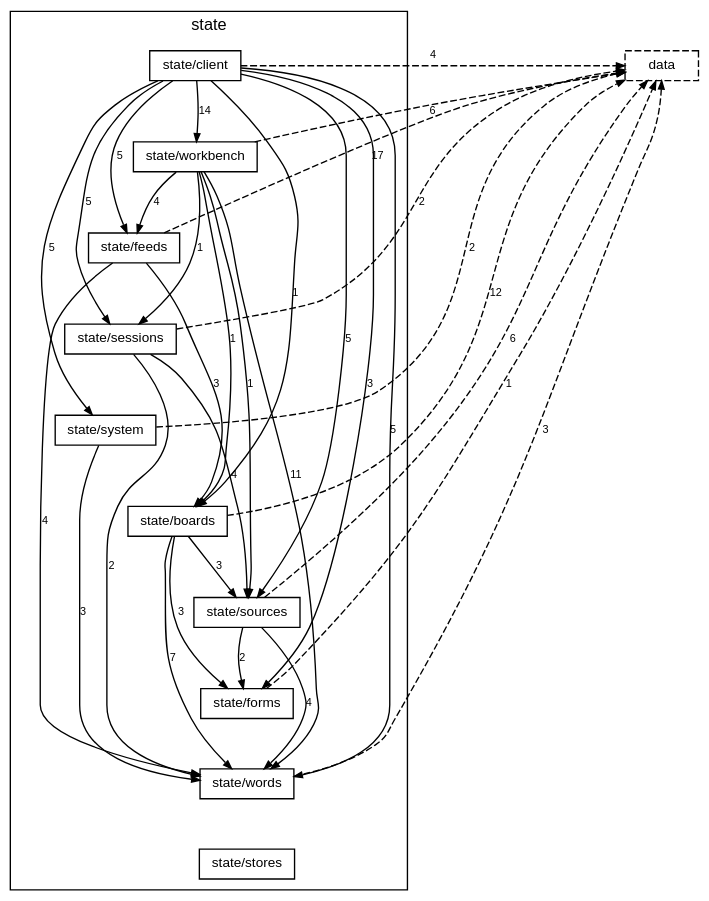
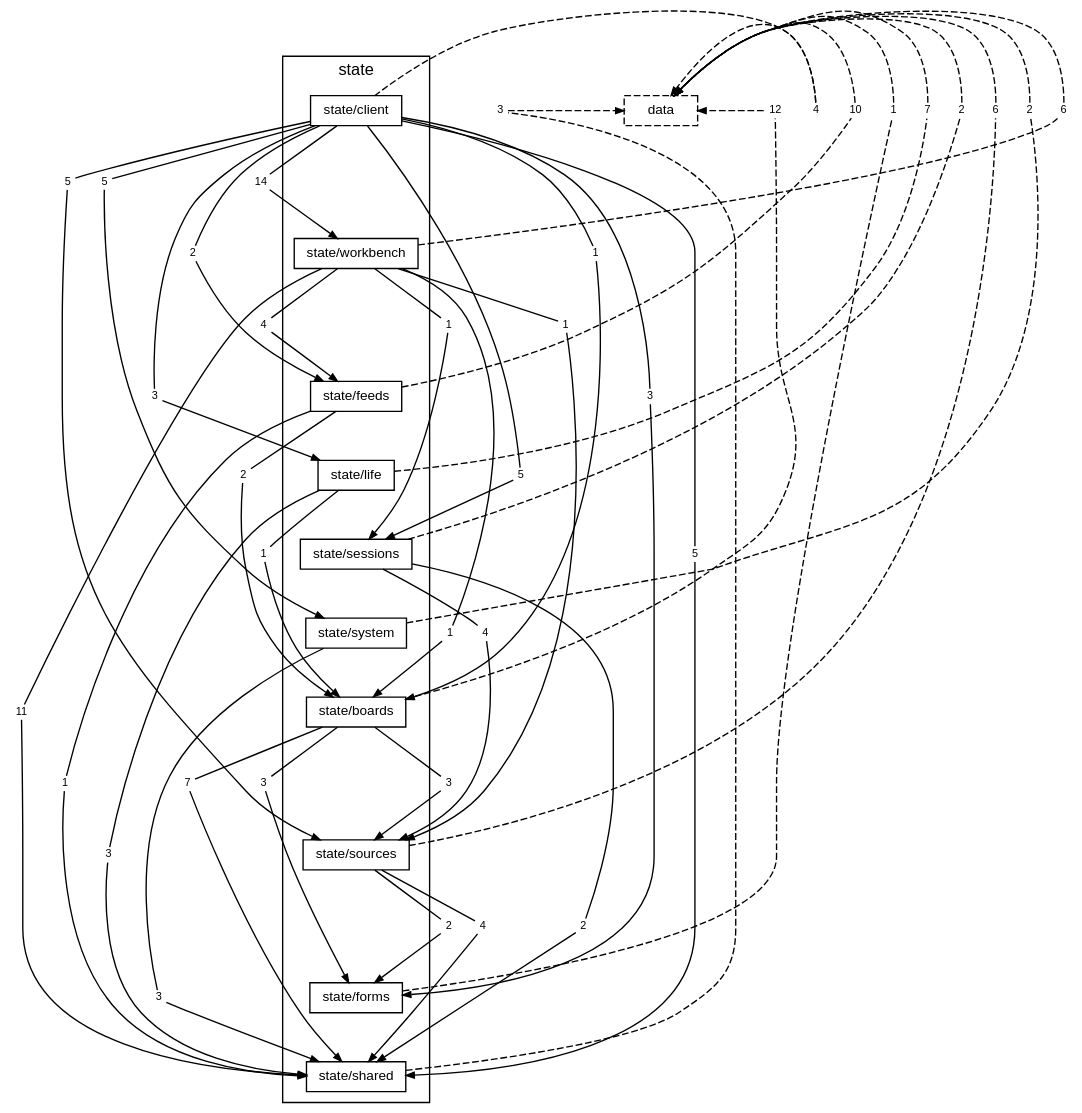
Before and after one commit to TheAxeC/oculus: the diagram in docs/diagrams/layer-state.dot, drawn with Graphviz. The commit also changed 433 other files, not shown here.

```diff
--- a/docs/diagrams/layer-state.dot
+++ b/docs/diagrams/layer-state.dot
@@ -7,54 +7,130 @@
         "folder state/client" [label="state/client"];
         "folder state/workbench" [label="state/workbench"];
         "folder state/feeds" [label="state/feeds"];
+        "folder state/life" [label="state/life"];
         "folder state/sessions" [label="state/sessions"];
         "folder state/system" [label="state/system"];
         "folder state/boards" [label="state/boards"];
         "folder state/sources" [label="state/sources"];
         "folder state/forms" [label="state/forms"];
-        "folder state/words" [label="state/words"];
-        "folder state/stores" [label="state/stores"];
+        "folder state/shared" [label="state/shared"];
     }
     "layer data" [label="data", style=dashed];
     "folder state/client" -> "folder state/workbench" [style=invis, weight=10];
     "folder state/workbench" -> "folder state/feeds" [style=invis, weight=10];
-    "folder state/feeds" -> "folder state/sessions" [style=invis, weight=10];
+    "folder state/feeds" -> "folder state/life" [style=invis, weight=10];
+    "folder state/life" -> "folder state/sessions" [style=invis, weight=10];
     "folder state/sessions" -> "folder state/system" [style=invis, weight=10];
     "folder state/system" -> "folder state/boards" [style=invis, weight=10];
     "folder state/boards" -> "folder state/sources" [style=invis, weight=10];
     "folder state/sources" -> "folder state/forms" [style=invis, weight=10];
-    "folder state/forms" -> "folder state/words" [style=invis, weight=10];
-    "folder state/words" -> "folder state/stores" [style=invis, weight=10];
-    "folder state/boards" -> "folder state/forms" [label="3"];
-    "folder state/boards" -> "folder state/sources" [label="3"];
-    "folder state/boards" -> "folder state/words" [label="7"];
-    "folder state/boards" -> "layer data" [label="12", style=dashed, constraint=false];
-    "folder state/client" -> "folder state/boards" [label="1"];
-    "folder state/client" -> "folder state/feeds" [label="5"];
-    "folder state/client" -> "folder state/forms" [label="3"];
-    "folder state/client" -> "folder state/sessions" [label="5"];
-    "folder state/client" -> "folder state/sources" [label="5"];
-    "folder state/client" -> "folder state/system" [label="5"];
-    "folder state/client" -> "folder state/words" [label="5"];
-    "folder state/client" -> "folder state/workbench" [label="14"];
-    "folder state/client" -> "layer data" [label="4", style=dashed, constraint=false];
-    "folder state/feeds" -> "folder state/boards" [label="3"];
-    "folder state/feeds" -> "folder state/words" [label="4"];
-    "folder state/feeds" -> "layer data" [label="17", style=dashed, constraint=false];
-    "folder state/forms" -> "layer data" [label="1", style=dashed, constraint=false];
-    "folder state/sessions" -> "folder state/sources" [label="4"];
-    "folder state/sessions" -> "folder state/words" [label="2"];
-    "folder state/sessions" -> "layer data" [label="2", style=dashed, constraint=false];
-    "folder state/sources" -> "folder state/forms" [label="2"];
-    "folder state/sources" -> "folder state/words" [label="4"];
-    "folder state/sources" -> "layer data" [label="6", style=dashed, constraint=false];
-    "folder state/system" -> "folder state/words" [label="3"];
-    "folder state/system" -> "layer data" [label="2", style=dashed, constraint=false];
-    "folder state/words" -> "layer data" [label="3", style=dashed, constraint=false];
-    "folder state/workbench" -> "folder state/boards" [label="1"];
-    "folder state/workbench" -> "folder state/feeds" [label="4"];
-    "folder state/workbench" -> "folder state/sessions" [label="1"];
-    "folder state/workbench" -> "folder state/sources" [label="1"];
-    "folder state/workbench" -> "folder state/words" [label="11"];
-    "folder state/workbench" -> "layer data" [label="6", style=dashed, constraint=false];
+    "folder state/forms" -> "folder state/shared" [style=invis, weight=10];
+    "folder state/boards to folder state/forms" [label="3", shape=box, color="transparent", fontsize=8, width=0, height=0, margin="0.04,0.02"];
+    "folder state/boards" -> "folder state/boards to folder state/forms" [arrowhead=none];
+    "folder state/boards to folder state/forms" -> "folder state/forms" [];
+    "folder state/boards to folder state/shared" [label="7", shape=box, color="transparent", fontsize=8, width=0, height=0, margin="0.04,0.02"];
+    "folder state/boards" -> "folder state/boards to folder state/shared" [arrowhead=none];
+    "folder state/boards to folder state/shared" -> "folder state/shared" [];
+    "folder state/boards to folder state/sources" [label="3", shape=box, color="transparent", fontsize=8, width=0, height=0, margin="0.04,0.02"];
+    "folder state/boards" -> "folder state/boards to folder state/sources" [arrowhead=none];
+    "folder state/boards to folder state/sources" -> "folder state/sources" [];
+    "folder state/boards to layer data" [label="12", shape=box, color="transparent", fontsize=8, width=0, height=0, margin="0.04,0.02"];
+    "folder state/boards" -> "folder state/boards to layer data" [arrowhead=none, style=dashed, constraint=false];
+    "folder state/boards to layer data" -> "layer data" [style=dashed, constraint=false];
+    "folder state/client to folder state/boards" [label="1", shape=box, color="transparent", fontsize=8, width=0, height=0, margin="0.04,0.02"];
+    "folder state/client" -> "folder state/client to folder state/boards" [arrowhead=none];
+    "folder state/client to folder state/boards" -> "folder state/boards" [];
+    "folder state/client to folder state/feeds" [label="2", shape=box, color="transparent", fontsize=8, width=0, height=0, margin="0.04,0.02"];
+    "folder state/client" -> "folder state/client to folder state/feeds" [arrowhead=none];
+    "folder state/client to folder state/feeds" -> "folder state/feeds" [];
+    "folder state/client to folder state/forms" [label="3", shape=box, color="transparent", fontsize=8, width=0, height=0, margin="0.04,0.02"];
+    "folder state/client" -> "folder state/client to folder state/forms" [arrowhead=none];
+    "folder state/client to folder state/forms" -> "folder state/forms" [];
+    "folder state/client to folder state/life" [label="3", shape=box, color="transparent", fontsize=8, width=0, height=0, margin="0.04,0.02"];
+    "folder state/client" -> "folder state/client to folder state/life" [arrowhead=none];
+    "folder state/client to folder state/life" -> "folder state/life" [];
+    "folder state/client to folder state/sessions" [label="5", shape=box, color="transparent", fontsize=8, width=0, height=0, margin="0.04,0.02"];
+    "folder state/client" -> "folder state/client to folder state/sessions" [arrowhead=none];
+    "folder state/client to folder state/sessions" -> "folder state/sessions" [];
+    "folder state/client to folder state/shared" [label="5", shape=box, color="transparent", fontsize=8, width=0, height=0, margin="0.04,0.02"];
+    "folder state/client" -> "folder state/client to folder state/shared" [arrowhead=none];
+    "folder state/client to folder state/shared" -> "folder state/shared" [];
+    "folder state/client to folder state/sources" [label="5", shape=box, color="transparent", fontsize=8, width=0, height=0, margin="0.04,0.02"];
+    "folder state/client" -> "folder state/client to folder state/sources" [arrowhead=none];
+    "folder state/client to folder state/sources" -> "folder state/sources" [];
+    "folder state/client to folder state/system" [label="5", shape=box, color="transparent", fontsize=8, width=0, height=0, margin="0.04,0.02"];
+    "folder state/client" -> "folder state/client to folder state/system" [arrowhead=none];
+    "folder state/client to folder state/system" -> "folder state/system" [];
+    "folder state/client to folder state/workbench" [label="14", shape=box, color="transparent", fontsize=8, width=0, height=0, margin="0.04,0.02"];
+    "folder state/client" -> "folder state/client to folder state/workbench" [arrowhead=none];
+    "folder state/client to folder state/workbench" -> "folder state/workbench" [];
+    "folder state/client to layer data" [label="4", shape=box, color="transparent", fontsize=8, width=0, height=0, margin="0.04,0.02"];
+    "folder state/client" -> "folder state/client to layer data" [arrowhead=none, style=dashed, constraint=false];
+    "folder state/client to layer data" -> "layer data" [style=dashed, constraint=false];
+    "folder state/feeds to folder state/boards" [label="2", shape=box, color="transparent", fontsize=8, width=0, height=0, margin="0.04,0.02"];
+    "folder state/feeds" -> "folder state/feeds to folder state/boards" [arrowhead=none];
+    "folder state/feeds to folder state/boards" -> "folder state/boards" [];
+    "folder state/feeds to folder state/shared" [label="1", shape=box, color="transparent", fontsize=8, width=0, height=0, margin="0.04,0.02"];
+    "folder state/feeds" -> "folder state/feeds to folder state/shared" [arrowhead=none];
+    "folder state/feeds to folder state/shared" -> "folder state/shared" [];
+    "folder state/feeds to layer data" [label="10", shape=box, color="transparent", fontsize=8, width=0, height=0, margin="0.04,0.02"];
+    "folder state/feeds" -> "folder state/feeds to layer data" [arrowhead=none, style=dashed, constraint=false];
+    "folder state/feeds to layer data" -> "layer data" [style=dashed, constraint=false];
+    "folder state/forms to layer data" [label="1", shape=box, color="transparent", fontsize=8, width=0, height=0, margin="0.04,0.02"];
+    "folder state/forms" -> "folder state/forms to layer data" [arrowhead=none, style=dashed, constraint=false];
+    "folder state/forms to layer data" -> "layer data" [style=dashed, constraint=false];
+    "folder state/life to folder state/boards" [label="1", shape=box, color="transparent", fontsize=8, width=0, height=0, margin="0.04,0.02"];
+    "folder state/life" -> "folder state/life to folder state/boards" [arrowhead=none];
+    "folder state/life to folder state/boards" -> "folder state/boards" [];
+    "folder state/life to folder state/shared" [label="3", shape=box, color="transparent", fontsize=8, width=0, height=0, margin="0.04,0.02"];
+    "folder state/life" -> "folder state/life to folder state/shared" [arrowhead=none];
+    "folder state/life to folder state/shared" -> "folder state/shared" [];
+    "folder state/life to layer data" [label="7", shape=box, color="transparent", fontsize=8, width=0, height=0, margin="0.04,0.02"];
+    "folder state/life" -> "folder state/life to layer data" [arrowhead=none, style=dashed, constraint=false];
+    "folder state/life to layer data" -> "layer data" [style=dashed, constraint=false];
+    "folder state/sessions to folder state/shared" [label="2", shape=box, color="transparent", fontsize=8, width=0, height=0, margin="0.04,0.02"];
+    "folder state/sessions" -> "folder state/sessions to folder state/shared" [arrowhead=none];
+    "folder state/sessions to folder state/shared" -> "folder state/shared" [];
+    "folder state/sessions to folder state/sources" [label="4", shape=box, color="transparent", fontsize=8, width=0, height=0, margin="0.04,0.02"];
+    "folder state/sessions" -> "folder state/sessions to folder state/sources" [arrowhead=none];
+    "folder state/sessions to folder state/sources" -> "folder state/sources" [];
+    "folder state/sessions to layer data" [label="2", shape=box, color="transparent", fontsize=8, width=0, height=0, margin="0.04,0.02"];
+    "folder state/sessions" -> "folder state/sessions to layer data" [arrowhead=none, style=dashed, constraint=false];
+    "folder state/sessions to layer data" -> "layer data" [style=dashed, constraint=false];
+    "folder state/shared to layer data" [label="3", shape=box, color="transparent", fontsize=8, width=0, height=0, margin="0.04,0.02"];
+    "folder state/shared" -> "folder state/shared to layer data" [arrowhead=none, style=dashed, constraint=false];
+    "folder state/shared to layer data" -> "layer data" [style=dashed, constraint=false];
+    "folder state/sources to folder state/forms" [label="2", shape=box, color="transparent", fontsize=8, width=0, height=0, margin="0.04,0.02"];
+    "folder state/sources" -> "folder state/sources to folder state/forms" [arrowhead=none];
+    "folder state/sources to folder state/forms" -> "folder state/forms" [];
+    "folder state/sources to folder state/shared" [label="4", shape=box, color="transparent", fontsize=8, width=0, height=0, margin="0.04,0.02"];
+    "folder state/sources" -> "folder state/sources to folder state/shared" [arrowhead=none];
+    "folder state/sources to folder state/shared" -> "folder state/shared" [];
+    "folder state/sources to layer data" [label="6", shape=box, color="transparent", fontsize=8, width=0, height=0, margin="0.04,0.02"];
+    "folder state/sources" -> "folder state/sources to layer data" [arrowhead=none, style=dashed, constraint=false];
+    "folder state/sources to layer data" -> "layer data" [style=dashed, constraint=false];
+    "folder state/system to folder state/shared" [label="3", shape=box, color="transparent", fontsize=8, width=0, height=0, margin="0.04,0.02"];
+    "folder state/system" -> "folder state/system to folder state/shared" [arrowhead=none];
+    "folder state/system to folder state/shared" -> "folder state/shared" [];
+    "folder state/system to layer data" [label="2", shape=box, color="transparent", fontsize=8, width=0, height=0, margin="0.04,0.02"];
+    "folder state/system" -> "folder state/system to layer data" [arrowhead=none, style=dashed, constraint=false];
+    "folder state/system to layer data" -> "layer data" [style=dashed, constraint=false];
+    "folder state/workbench to folder state/boards" [label="1", shape=box, color="transparent", fontsize=8, width=0, height=0, margin="0.04,0.02"];
+    "folder state/workbench" -> "folder state/workbench to folder state/boards" [arrowhead=none];
+    "folder state/workbench to folder state/boards" -> "folder state/boards" [];
+    "folder state/workbench to folder state/feeds" [label="4", shape=box, color="transparent", fontsize=8, width=0, height=0, margin="0.04,0.02"];
+    "folder state/workbench" -> "folder state/workbench to folder state/feeds" [arrowhead=none];
+    "folder state/workbench to folder state/feeds" -> "folder state/feeds" [];
+    "folder state/workbench to folder state/sessions" [label="1", shape=box, color="transparent", fontsize=8, width=0, height=0, margin="0.04,0.02"];
+    "folder state/workbench" -> "folder state/workbench to folder state/sessions" [arrowhead=none];
+    "folder state/workbench to folder state/sessions" -> "folder state/sessions" [];
+    "folder state/workbench to folder state/shared" [label="11", shape=box, color="transparent", fontsize=8, width=0, height=0, margin="0.04,0.02"];
+    "folder state/workbench" -> "folder state/workbench to folder state/shared" [arrowhead=none];
+    "folder state/workbench to folder state/shared" -> "folder state/shared" [];
+    "folder state/workbench to folder state/sources" [label="1", shape=box, color="transparent", fontsize=8, width=0, height=0, margin="0.04,0.02"];
+    "folder state/workbench" -> "folder state/workbench to folder state/sources" [arrowhead=none];
+    "folder state/workbench to folder state/sources" -> "folder state/sources" [];
+    "folder state/workbench to layer data" [label="6", shape=box, color="transparent", fontsize=8, width=0, height=0, margin="0.04,0.02"];
+    "folder state/workbench" -> "folder state/workbench to layer data" [arrowhead=none, style=dashed, constraint=false];
+    "folder state/workbench to layer data" -> "layer data" [style=dashed, constraint=false];
 }
```
